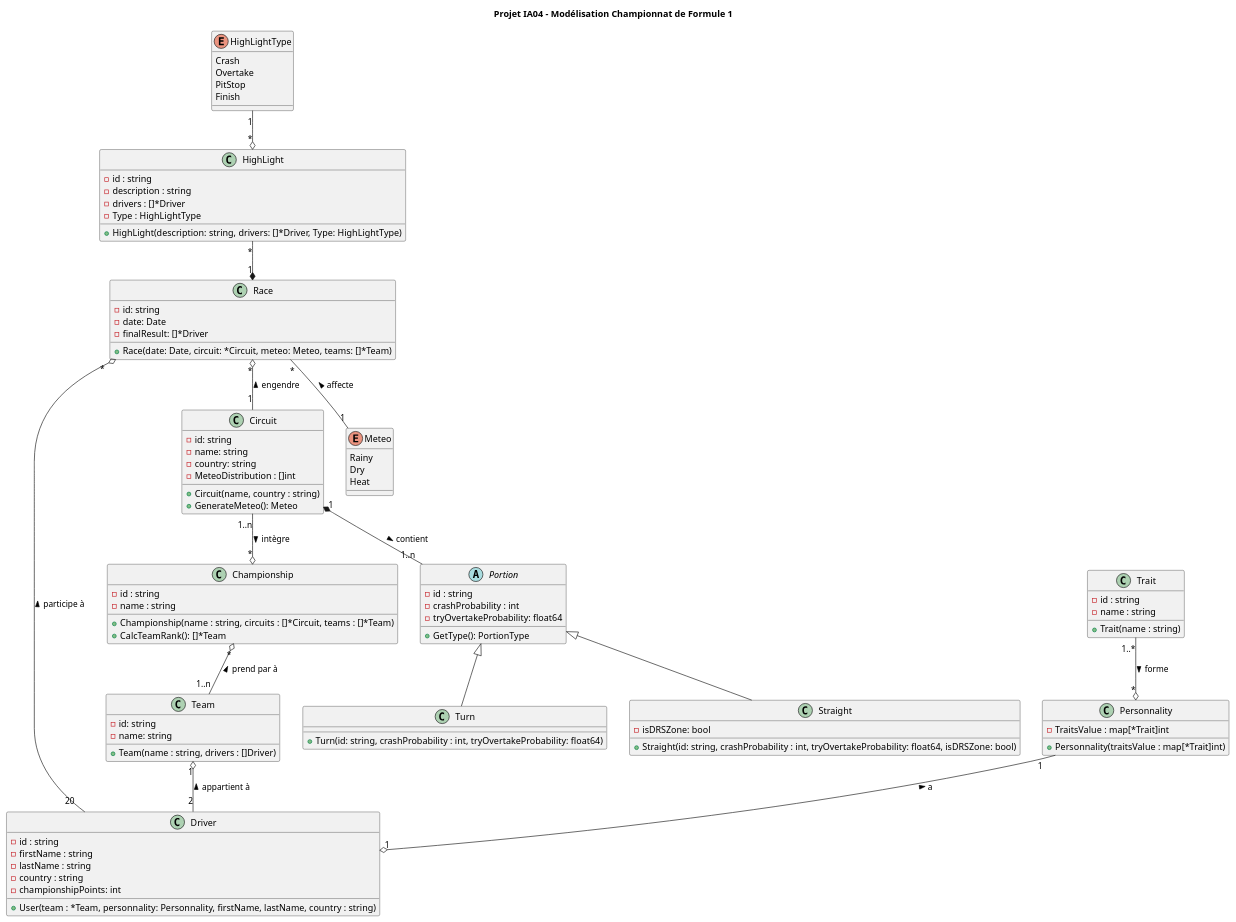
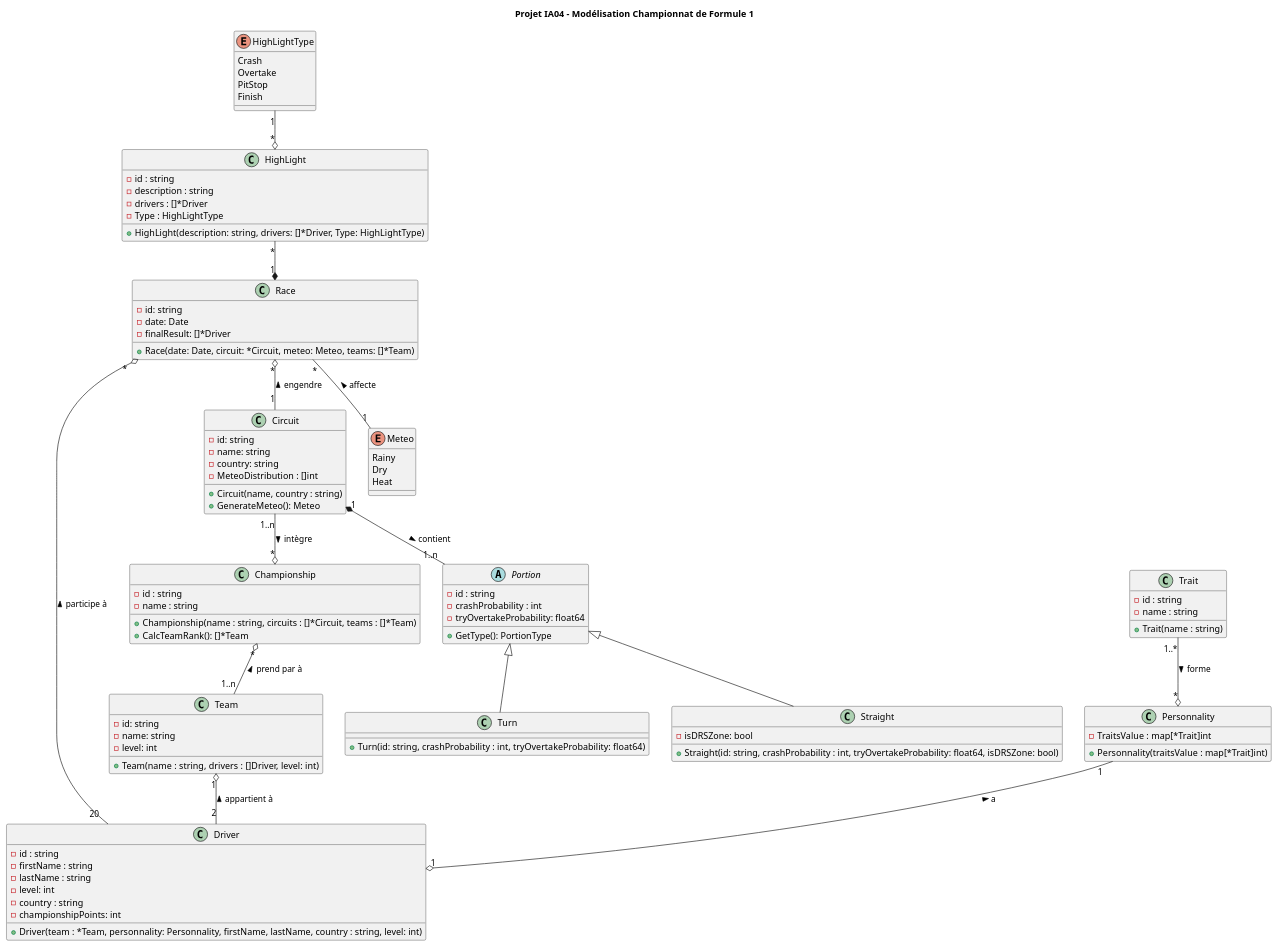
The diagram in projectUML.plantuml (DamienVaurs/formule-1-ia04), drawn with PlantUML before and after one commit. The commit also changed 2 other files, not shown here.

```diff
--- a/projectUML.plantuml
+++ b/projectUML.plantuml
@@ -1,122 +1,124 @@
 @startuml IA04 - Modélisation Championnat de Formule 1
 
 
 title Projet IA04 - Modélisation Championnat de Formule 1
 
 
 class Driver {
   - id : string
   - firstName : string
   - lastName : string
+  - level: int
   - country : string
   - championshipPoints: int
 
-  + User(team : *Team, personnality: Personnality, firstName, lastName, country : string)
+  + Driver(team : *Team, personnality: Personnality, firstName, lastName, country : string, level: int)
   
   }
   
 class Team {
   - id: string
   - name: string
+  - level: int
 
-  + Team(name : string, drivers : []Driver)
+  + Team(name : string, drivers : []Driver, level: int)
 
 }
 
 class Circuit {
   - id: string
   - name: string
   - country: string
   - MeteoDistribution : []int
 
   + Circuit(name, country : string)
   + GenerateMeteo(): Meteo
 }
 
 class Championship{
   - id : string
   - name : string
 
   + Championship(name : string, circuits : []*Circuit, teams : []*Team)
   + CalcTeamRank(): []*Team
 }
 
 class HighLight{
   - id : string
   - description : string
   - drivers : []*Driver
   - Type : HighLightType
 
   + HighLight(description: string, drivers: []*Driver, Type: HighLightType)
 }
 
 enum HighLightType{
   Crash
   Overtake
   PitStop
   Finish
 }
 
 enum Meteo{
   Rainy
   Dry
   Heat
 }
 
 class Personnality{
   - TraitsValue : map[*Trait]int
 
   + Personnality(traitsValue : map[*Trait]int)
 }
 
 class Trait{
   - id : string
   - name : string
 
   + Trait(name : string)
 }
 
 abstract class Portion{
   - id : string
   - crashProbability : int
   - tryOvertakeProbability: float64
 
   + GetType(): PortionType
 }
 
 
 class Turn{
 
   + Turn(id: string, crashProbability : int, tryOvertakeProbability: float64)
 }
 
 class Straight{
   - isDRSZone: bool
 
   + Straight(id: string, crashProbability : int, tryOvertakeProbability: float64, isDRSZone: bool)
 }
 
 class Race{
   - id: string
   - date: Date 
   - finalResult: []*Driver
 
   + Race(date: Date, circuit: *Circuit, meteo: Meteo, teams: []*Team)
 }
 
 HighLightType "1" --o "*" HighLight
 HighLight "*" --* "1" Race
 Race "*" o-- "20" Driver : participe à <
 Race "*" o-- "1" Circuit : engendre <
 Race "*" -- "1" Meteo : affecte <
 Circuit "1..n" --o "*" Championship : intègre >
 Circuit "1" *-- "1..n" Portion : contient >
 Portion  <|--  Turn
 Portion  <|--  Straight
 Championship "*" o-- "1..n" Team : prend par à <
 Team "1" o-- "2" Driver : appartient à <
 Personnality "1" --o "1" Driver : a <
 Trait "1..*" --o "*" Personnality : forme >
 
 
 @enduml
```
